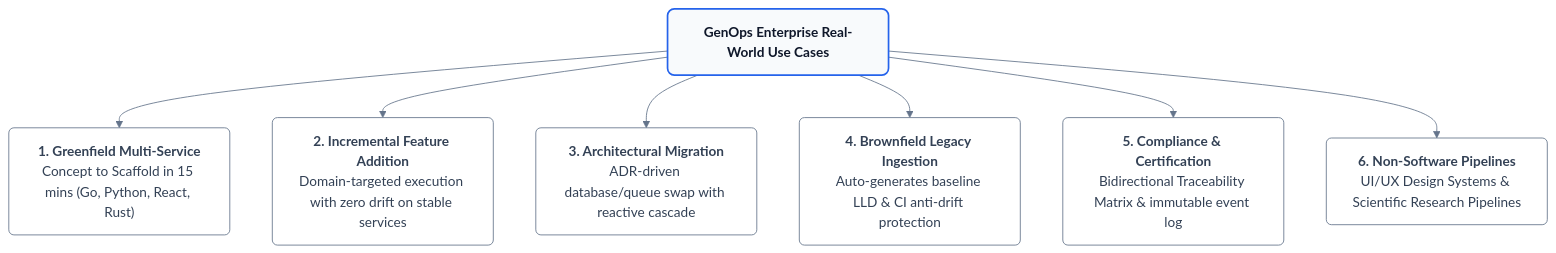
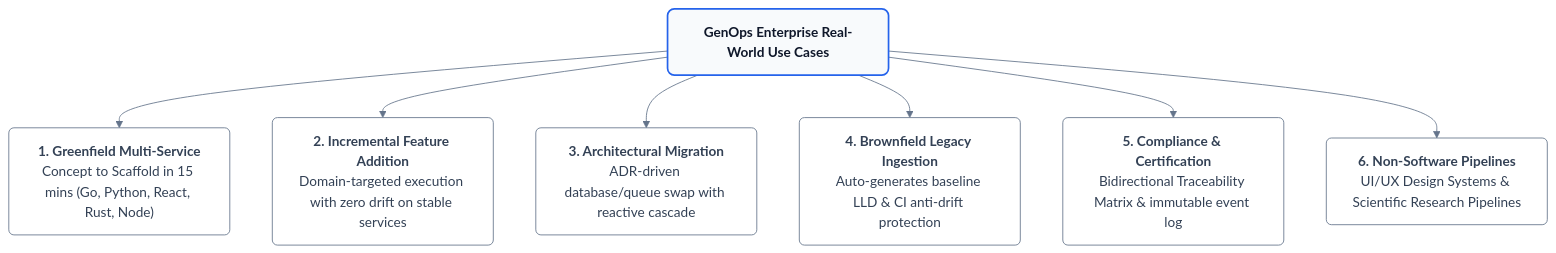
One commit to seismael/GenOps changed the second of 8 diagrams in docs/guides/USE_CASES_AND_WORKFLOWS.md. Above: the diagram before and after it, drawn with Mermaid. The commit also changed other lines of this file and 46 other files, not shown here.

Commit message:
feat: implement GenOps scaffolding system with multi-language templates, agentic skill definitions, and architectural workflow documentation

````diff
--- a/docs/guides/USE_CASES_AND_WORKFLOWS.md
+++ b/docs/guides/USE_CASES_AND_WORKFLOWS.md
@@ -42,24 +42,24 @@
 ```mermaid
 %%{init: {'theme': 'base', 'themeVariables': { 'fontFamily': 'Inter, system-ui, sans-serif', 'lineColor': '#64748b', 'primaryTextColor': '#0f172a' }}}%%
 flowchart TB
     ROOT["<b>GenOps Enterprise Real-World Use Cases</b>"]
     
-    UC1["<b>1. Greenfield Multi-Service</b><br/>Concept to Scaffold in 15 mins (Go, Python, React, Rust)"]
+    UC1["<b>1. Greenfield Multi-Service</b><br/>Concept to Scaffold in 15 mins (Go, Python, React, Rust, Node)"]
     UC2["<b>2. Incremental Feature Addition</b><br/>Domain-targeted execution with zero drift on stable services"]
     UC3["<b>3. Architectural Migration</b><br/>ADR-driven database/queue swap with reactive cascade"]
     UC4["<b>4. Brownfield Legacy Ingestion</b><br/>Auto-generates baseline LLD & CI anti-drift protection"]
     UC5["<b>5. Compliance & Certification</b><br/>Bidirectional Traceability Matrix & immutable event log"]
     UC6["<b>6. Non-Software Pipelines</b><br/>UI/UX Design Systems & Scientific Research Pipelines"]
 
     ROOT --> UC1
     ROOT --> UC2
     ROOT --> UC3
     ROOT --> UC4
     ROOT --> UC5
     ROOT --> UC6
 
     classDef rootBox fill:#f8fafc,stroke:#2563eb,stroke-width:2px,color:#0f172a,rx:8px,ry:8px;
     classDef leafBox fill:#ffffff,stroke:#64748b,stroke-width:1px,color:#334155,rx:6px,ry:6px;
     class ROOT rootBox;
     class UC1,UC2,UC3,UC4,UC5,UC6 leafBox;
 ```
````
